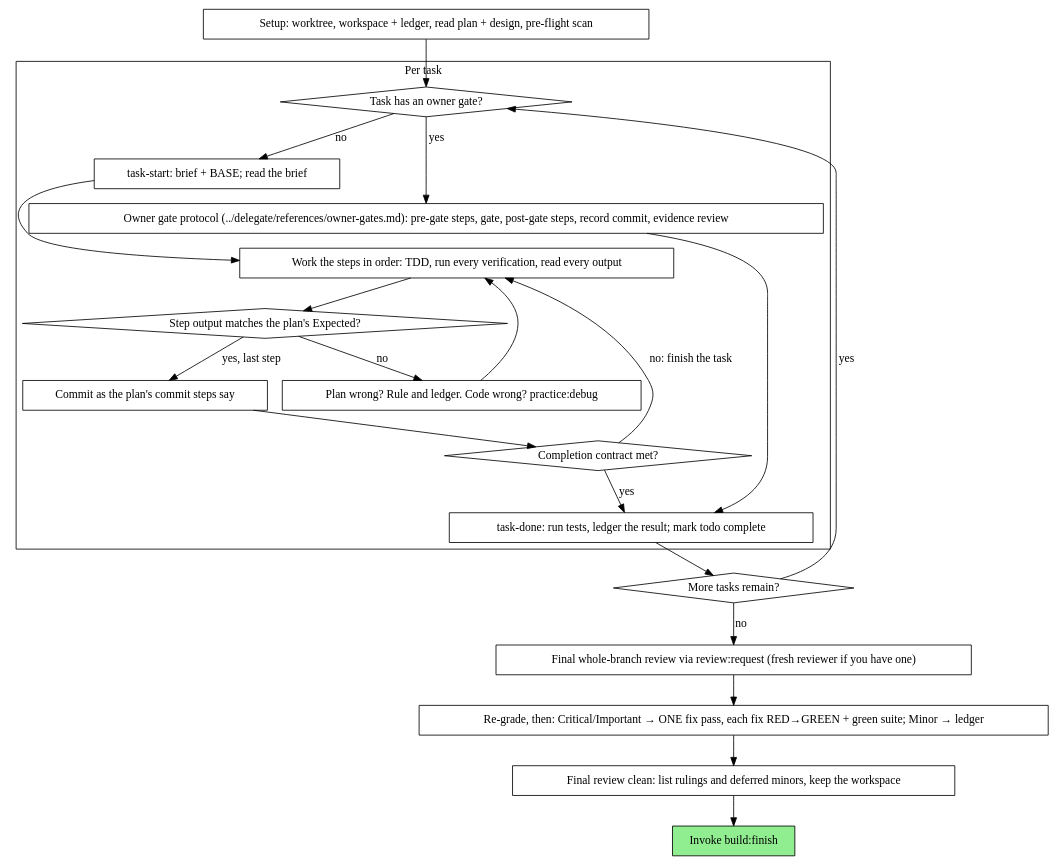
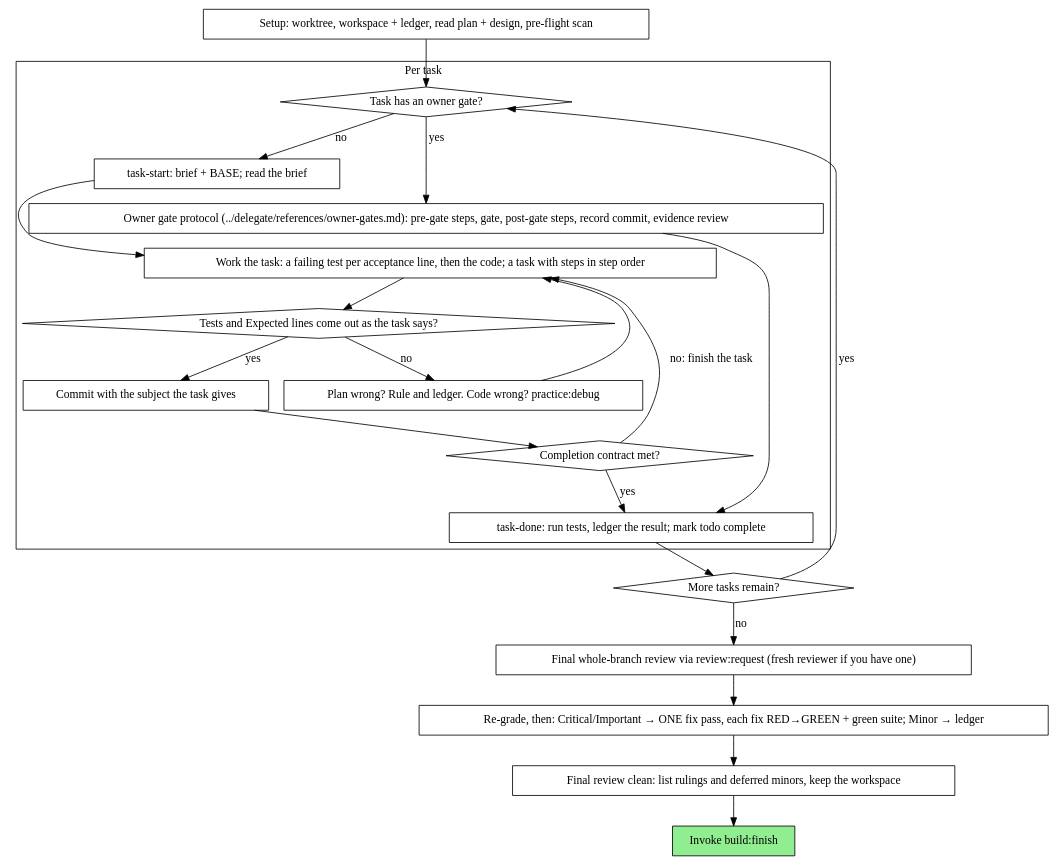
The diagram in plugins/build/skills/execute/SKILL.md (lyngon/devkit), drawn with Graphviz before and after one commit. The commit also changed other lines of this file and 3 other files, not shown here.

Commit message:
feat(build): execute a plan whose tests and code are the executor's

````diff
--- a/plugins/build/skills/execute/SKILL.md
+++ b/plugins/build/skills/execute/SKILL.md
@@ -57,44 +58,44 @@
 ```dot
 digraph process {
     rankdir=TB;
 
     subgraph cluster_per_task {
         label="Per task";
         "task-start: brief + BASE; read the brief" [shape=box];
-        "Work the steps in order: TDD, run every verification, read every output" [shape=box];
-        "Step output matches the plan's Expected?" [shape=diamond];
+        "Work the task: a failing test per acceptance line, then the code; a task with steps in step order" [shape=box];
+        "Tests and Expected lines come out as the task says?" [shape=diamond];
         "Plan wrong? Rule and ledger. Code wrong? practice:debug" [shape=box];
-        "Commit as the plan's commit steps say" [shape=box];
+        "Commit with the subject the task gives" [shape=box];
         "Completion contract met?" [shape=diamond];
         "task-done: run tests, ledger the result; mark todo complete" [shape=box];
         "Task has an owner gate?" [shape=diamond];
         "Owner gate protocol (../delegate/references/owner-gates.md): pre-gate steps, gate, post-gate steps, record commit, evidence review" [shape=box];
     }
 
     "Setup: worktree, workspace + ledger, read plan + design, pre-flight scan" [shape=box];
     "More tasks remain?" [shape=diamond];
     "Final whole-branch review via review:request (fresh reviewer if you have one)" [shape=box];
     "Re-grade, then: Critical/Important → ONE fix pass, each fix RED→GREEN + green suite; Minor → ledger" [shape=box];
     "Final review clean: list rulings and deferred minors, keep the workspace" [shape=box];
     "Invoke build:finish" [shape=box style=filled fillcolor=lightgreen];
 
     "Setup: worktree, workspace + ledger, read plan + design, pre-flight scan" -> "Task has an owner gate?";
     "Task has an owner gate?" -> "task-start: brief + BASE; read the brief" [label="no"];
     "Task has an owner gate?" -> "Owner gate protocol (../delegate/references/owner-gates.md): pre-gate steps, gate, post-gate steps, record commit, evidence review" [label="yes"];
     "Owner gate protocol (../delegate/references/owner-gates.md): pre-gate steps, gate, post-gate steps, record commit, evidence review" -> "task-done: run tests, ledger the result; mark todo complete";
-    "task-start: brief + BASE; read the brief" -> "Work the steps in order: TDD, run every verification, read every output";
-    "Work the steps in order: TDD, run every verification, read every output" -> "Step output matches the plan's Expected?";
-    "Step output matches the plan's Expected?" -> "Plan wrong? Rule and ledger. Code wrong? practice:debug" [label="no"];
-    "Plan wrong? Rule and ledger. Code wrong? practice:debug" -> "Work the steps in order: TDD, run every verification, read every output";
-    "Step output matches the plan's Expected?" -> "Commit as the plan's commit steps say" [label="yes, last step"];
-    "Commit as the plan's commit steps say" -> "Completion contract met?";
-    "Completion contract met?" -> "Work the steps in order: TDD, run every verification, read every output" [label="no: finish the task"];
+    "task-start: brief + BASE; read the brief" -> "Work the task: a failing test per acceptance line, then the code; a task with steps in step order";
+    "Work the task: a failing test per acceptance line, then the code; a task with steps in step order" -> "Tests and Expected lines come out as the task says?";
+    "Tests and Expected lines come out as the task says?" -> "Plan wrong? Rule and ledger. Code wrong? practice:debug" [label="no"];
+    "Plan wrong? Rule and ledger. Code wrong? practice:debug" -> "Work the task: a failing test per acceptance line, then the code; a task with steps in step order";
+    "Tests and Expected lines come out as the task says?" -> "Commit with the subject the task gives" [label="yes"];
+    "Commit with the subject the task gives" -> "Completion contract met?";
+    "Completion contract met?" -> "Work the task: a failing test per acceptance line, then the code; a task with steps in step order" [label="no: finish the task"];
     "Completion contract met?" -> "task-done: run tests, ledger the result; mark todo complete" [label="yes"];
     "task-done: run tests, ledger the result; mark todo complete" -> "More tasks remain?";
     "More tasks remain?" -> "Task has an owner gate?" [label="yes"];
     "More tasks remain?" -> "Final whole-branch review via review:request (fresh reviewer if you have one)" [label="no"];
     "Final whole-branch review via review:request (fresh reviewer if you have one)" -> "Re-grade, then: Critical/Important → ONE fix pass, each fix RED→GREEN + green suite; Minor → ledger";
     "Re-grade, then: Critical/Important → ONE fix pass, each fix RED→GREEN + green suite; Minor → ledger" -> "Final review clean: list rulings and deferred minors, keep the workspace";
     "Final review clean: list rulings and deferred minors, keep the workspace" -> "Invoke build:finish";
 }
 ```
````
